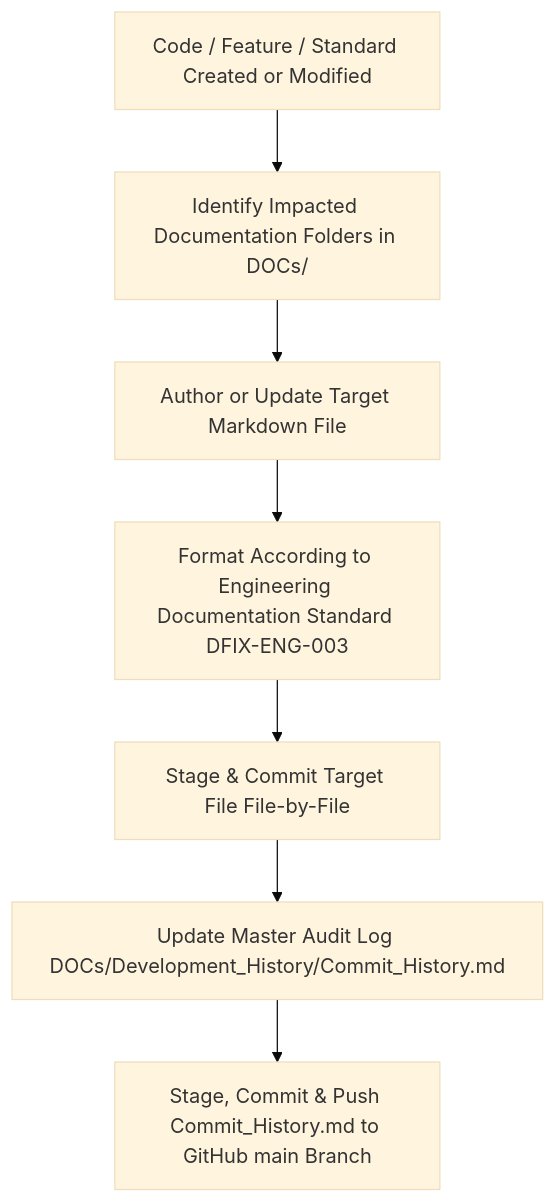
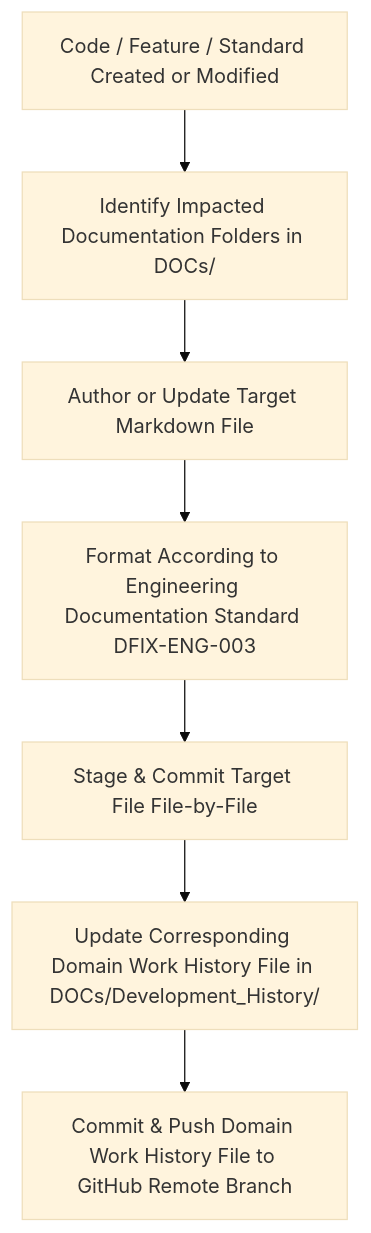
The diagram in DOCs/07_Development_Workflow/08_Documentation_Workflow.md (Radheshbhuva/DeployFixLab), drawn with Mermaid (base theme) before and after one commit. The commit also changed other lines of this file, not shown here.

Commit message:
docs(workflow): enforce domain history routing and Commit_History.md exclusivity in Documentation Workflow

````diff
--- a/DOCs/07_Development_Workflow/08_Documentation_Workflow.md
+++ b/DOCs/07_Development_Workflow/08_Documentation_Workflow.md
@@ -31,9 +31,9 @@
 ```mermaid
 flowchart TD
     A[Code / Feature / Standard Created or Modified] --> B[Identify Impacted Documentation Folders in DOCs/]
     B --> C[Author or Update Target Markdown File]
     C --> D[Format According to Engineering Documentation Standard DFIX-ENG-003]
     D --> E[Stage & Commit Target File File-by-File]
-    E --> F[Update Master Audit Log DOCs/Development_History/Commit_History.md]
-    F --> G[Stage, Commit & Push Commit_History.md to GitHub main Branch]
+    E --> F[Update Corresponding Domain Work History File in DOCs/Development_History/]
+    F --> G[Commit & Push Domain Work History File to GitHub Remote Branch]
 ```
````
